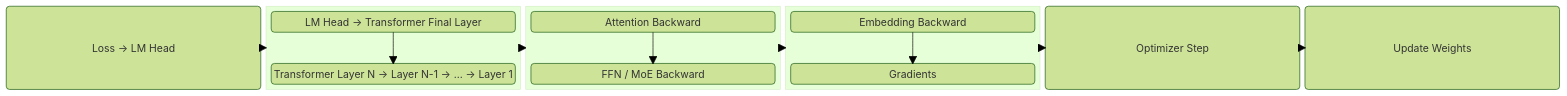
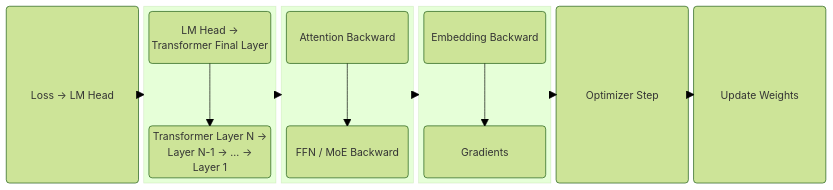
One commit to ChrisZhu2050/chriszhu2050.github.io changed diagram 23 of 23 in index.md. Above: the diagram before and after it, drawn with Mermaid (forest theme).

````diff
--- a/index.md
+++ b/index.md
@@ -1102,43 +1102,46 @@
   ```mermaid
         block
         columns 6
 
           a("Loss → LM Head")
           
 
         block:group2:1
           columns 1
-          c1("LM Head → Transformer Final Layer") space
-          b1("Transformer Layer N → Layer N-1 → ... → Layer 1")
+          c1("LM Head → 
+          Transformer Final Layer") space
+          b1("Transformer Layer N → 
+          Layer N-1 → ... →
+           Layer 1")
           
         end
         block:group3:1
           columns 1
           d("Attention Backward") space
           e("FFN / MoE Backward") 
         end
         block:group4:1
           columns 1
           f("Embedding Backward") space
           g("Gradients")
 
         end
         
           z("Optimizer Step")
           y("Update Weights")
         
 
         c1 --> b1
        
         
         d --> e
       
         f --> g
 
         a --> group2
         group2 --> group3
         group3 --> group4
         group4 --> z
         z --> y
 
   ```  
````
